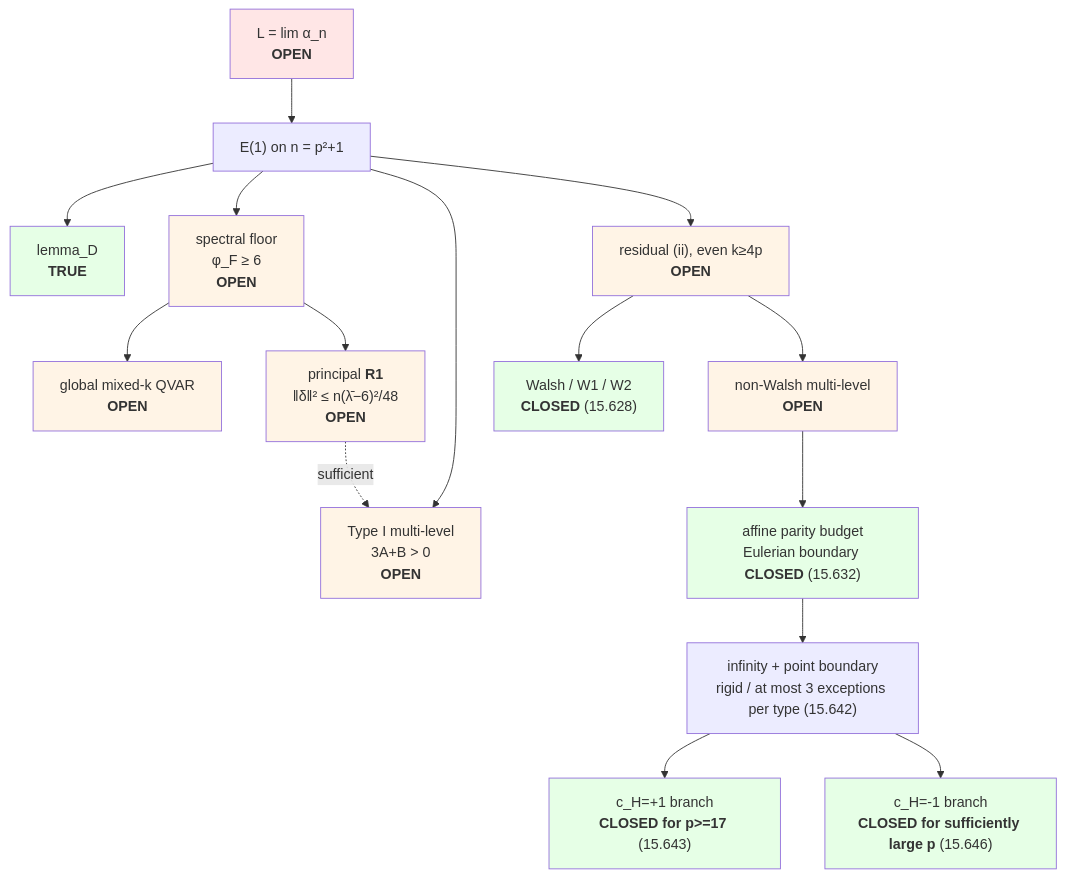
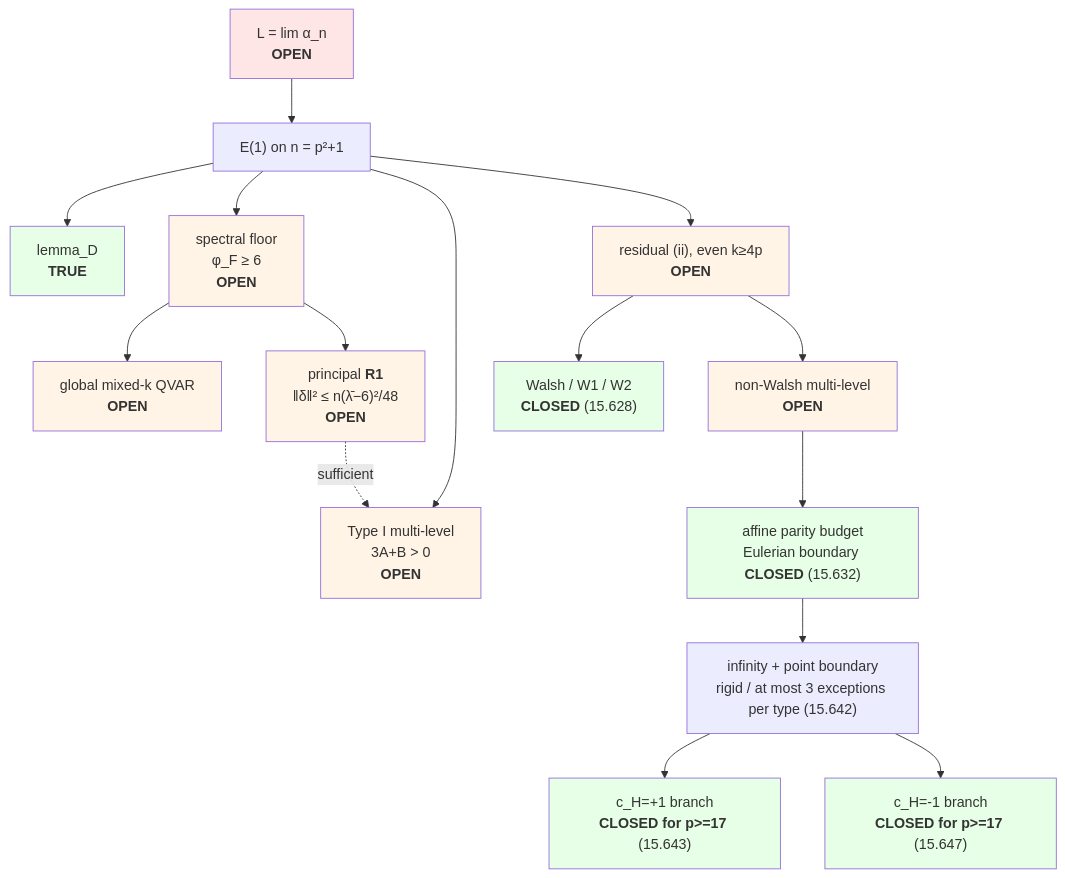
One commit to luckyseoul/quadratic-minmax-limit changed the diagram in README.md. Above: the diagram before and after it, drawn with Mermaid. The commit also changed other lines of this file and 7 other files, not shown here.

````diff
--- a/README.md
+++ b/README.md
@@ -94,29 +97,29 @@
 ```mermaid
 graph TD
     L["L = lim α_n<br/><b>OPEN</b>"] --> E1["E(1) on n = p²+1"]
     E1 --> D["lemma_D<br/><b>TRUE</b>"]
     E1 --> FLOOR["spectral floor<br/>φ_F ≥ 6<br/><b>OPEN</b>"]
     FLOOR --> QVAR["global mixed-k QVAR<br/><b>OPEN</b>"]
     FLOOR --> R1["principal <b>R1</b><br/>‖δ‖² ≤ n(λ̄−6)²/48<br/><b>OPEN</b>"]
     E1 --> TYPEI["Type I multi-level<br/>3A+B > 0<br/><b>OPEN</b>"]
     R1 -. sufficient .-> TYPEI
     E1 --> RES["residual (ii), even k≥4p<br/><b>OPEN</b>"]
     RES --> WALSH["Walsh / W1 / W2<br/><b>CLOSED</b> (15.628)"]
     RES --> MULTI["non-Walsh multi-level<br/><b>OPEN</b>"]
     MULTI --> BUDGET["affine parity budget<br/>Eulerian boundary <b>CLOSED</b> (15.632)"]
     BUDGET --> RIGID["infinity + point boundary<br/>rigid / at most 3 exceptions per type (15.642)"]
     RIGID --> POSKILL["c_H=+1 branch<br/><b>CLOSED for p>=17</b> (15.643)"]
-    RIGID --> NEGKILL["c_H=-1 branch<br/><b>CLOSED for sufficiently large p</b> (15.646)"]
+    RIGID --> NEGKILL["c_H=-1 branch<br/><b>CLOSED for p>=17</b> (15.647)"]
     style L fill:#ffe6e6
     style D fill:#e6ffe6
     style FLOOR fill:#fff4e6
     style QVAR fill:#fff4e6
     style R1 fill:#fff4e6
     style TYPEI fill:#fff4e6
     style RES fill:#fff4e6
     style WALSH fill:#e6ffe6
     style MULTI fill:#fff4e6
     style BUDGET fill:#e6ffe6
     style POSKILL fill:#e6ffe6
     style NEGKILL fill:#e6ffe6
 ```
````
